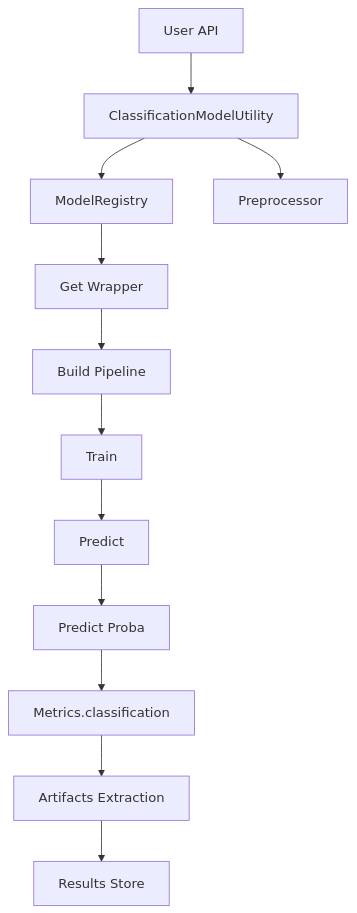
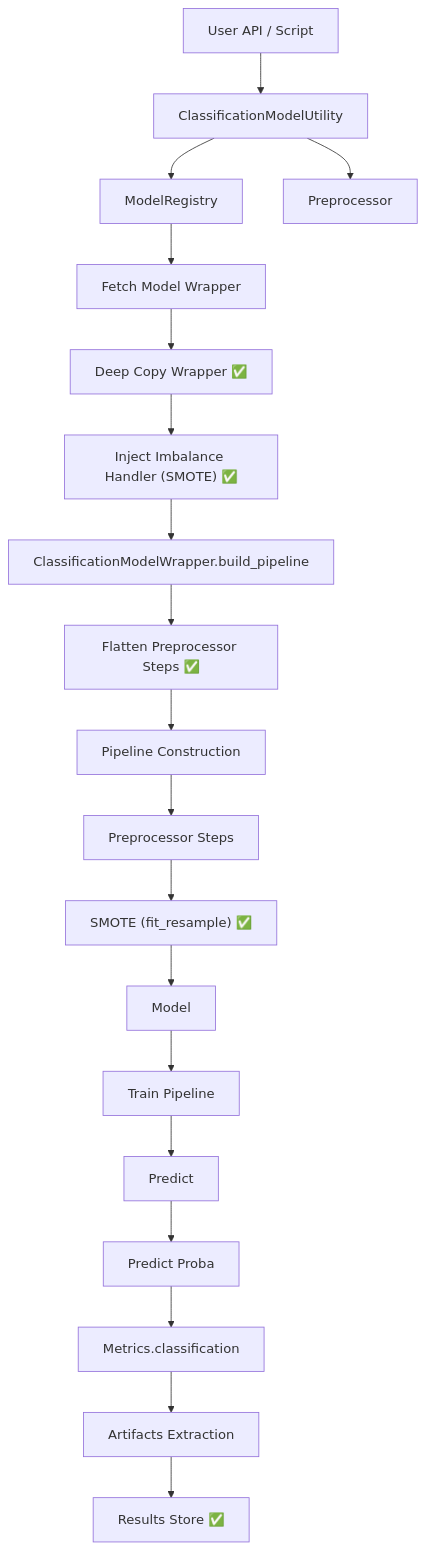
The second of 4 diagrams in lib/utility/machinelearning/facade/CLASSIFICATIONMODELUTILITY.md (abhinavssingh/python-learnings), drawn with Mermaid before and after one commit. The commit also changed other lines of this file and 15 other files, not shown here.

````diff
--- a/lib/utility/machinelearning/facade/CLASSIFICATIONMODELUTILITY.md
+++ b/lib/utility/machinelearning/facade/CLASSIFICATIONMODELUTILITY.md
@@ -39,18 +58,33 @@
 ```mermaid
 flowchart TD
-    A[User API] --> B[ClassificationModelUtility]
+    A[User API / Script] --> B[ClassificationModelUtility]
+
     B --> C[ModelRegistry]
     B --> D[Preprocessor]
 
-    C --> E[Get Wrapper]
-    E --> F[Build Pipeline]
+    C --> E[Fetch Model Wrapper]
+    E --> F[Deep Copy Wrapper ✅]
 
-    F --> G[Train]
-    G --> H[Predict]
-    H --> I[Predict Proba]
+    F --> G["Inject Imbalance Handler (SMOTE) ✅"]
 
-    I --> J[Metrics.classification]
-    J --> K[Artifacts Extraction]
+    G --> H[ClassificationModelWrapper.build_pipeline]
 
-    K --> L[Results Store]
+    H --> I[Flatten Preprocessor Steps ✅]
+
+    I --> J[Pipeline Construction]
+
+    J --> J1[Preprocessor Steps]
+    J1 --> J2["SMOTE (fit_resample) ✅"]
+    J2 --> J3[Model]
+
+    J3 --> K[Train Pipeline]
+    K --> L[Predict]
+
+    L --> M[Predict Proba]
+
+    M --> N[Metrics.classification]
+
+    N --> O[Artifacts Extraction]
+
+    O --> P[Results Store ✅]
 ```
````
